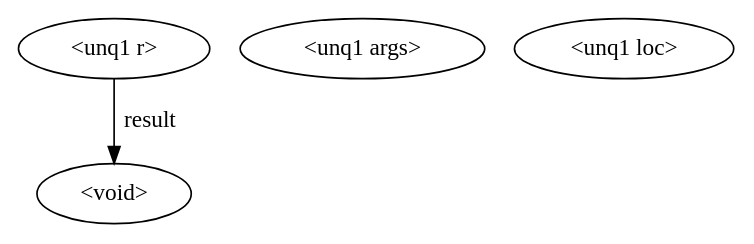
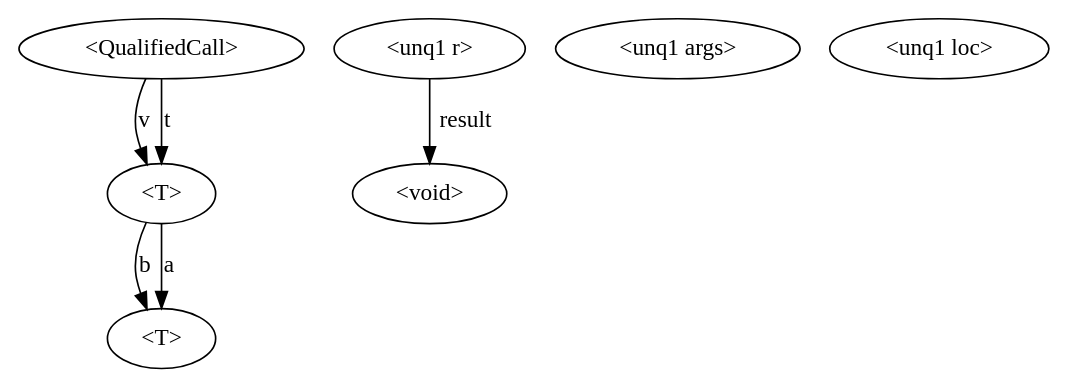
Before and after one commit to varivera/aliasing-java: the diagram in AliasingImpl/source/test.dot, drawn with Graphviz. The commit also changed 6 other files, not shown here.

Commit message:
Qualified Calls: the basic call is working. The mechanism is in place. Meaning, updating the implementation to new cases will not take much time.

```diff
--- a/AliasingImpl/source/test.dot
+++ b/AliasingImpl/source/test.dot
@@ -1,7 +1,14 @@
 digraph G {
+n10->n17 [label="b"]
+n10->n17 [label="a"]
+n0->n10 [label="v"]
+n0->n10 [label="t"]
+n0[label="<QualifiedCall>"]
+n17[label="<T>"]
+n10[label="<T>"]
 n3->n4 [label="result"]
 n3[label="<unq1 r>"]
 n4[label="<void>"]
 n1[label="<unq1 args>"]
 n2[label="<unq1 loc>"]
 }
```
